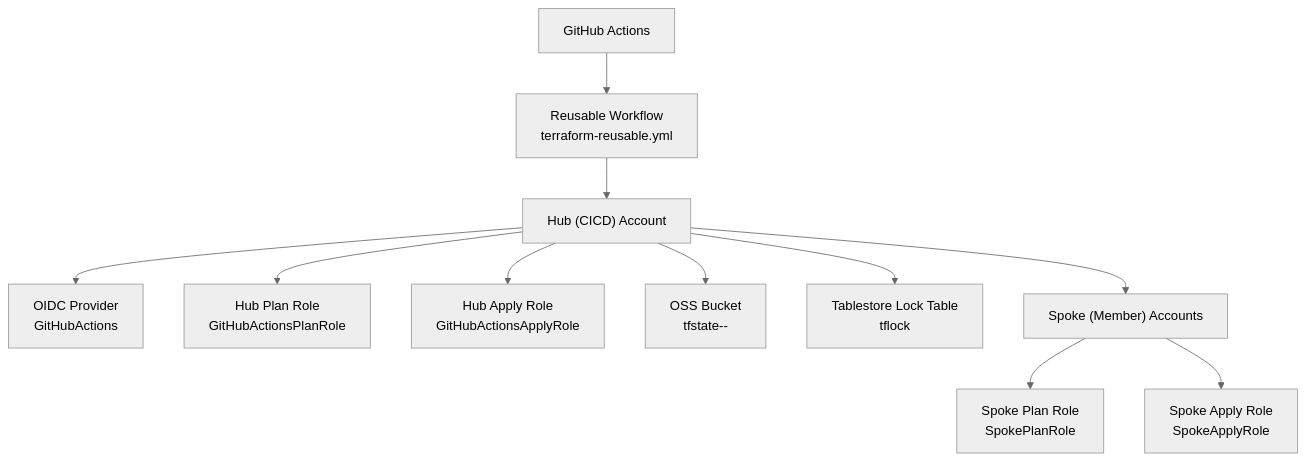
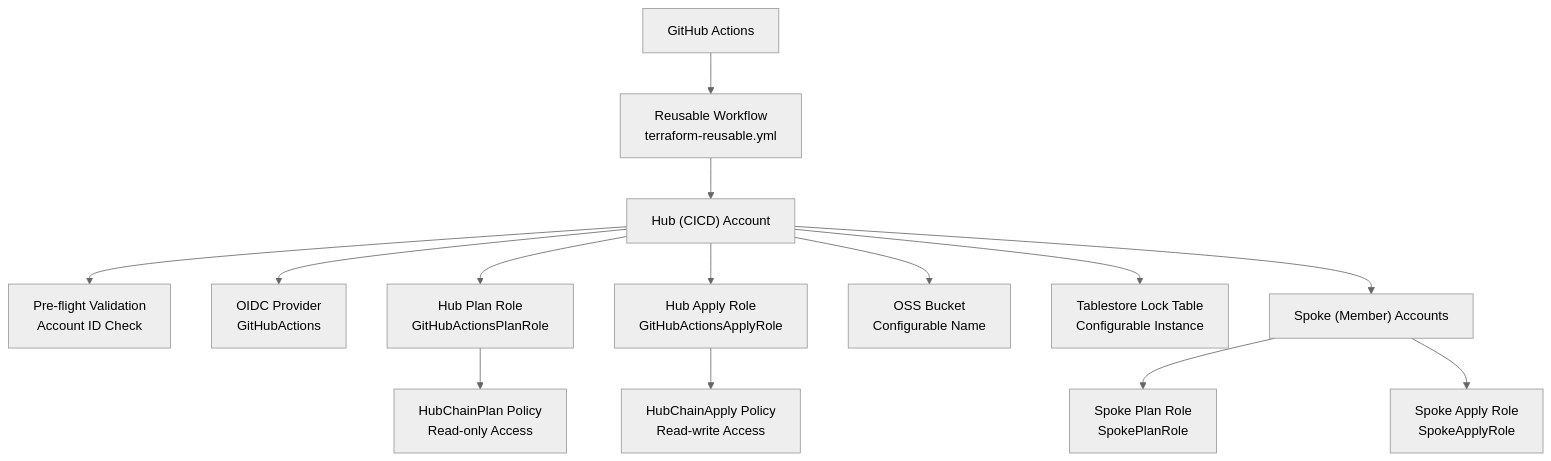
Before and after one commit to AlibabaCloudLandingZone/alibabacloud-landingzone-accelerator-github-demo: the first of 9 diagrams in .qoder/repowiki/en/content/Bootstrap Infrastructure/CI_CD Foundation.md, drawn with Mermaid (neutral theme). The commit also changed other lines of this file and 34 other files, not shown here.

First line of the commit message:
refactor(ci-cd): enhance bootstrap foundation with pre-flight checks and least-privilege policies

````diff
--- a/.qoder/repowiki/en/content/Bootstrap Infrastructure/CI_CD Foundation.md
+++ b/.qoder/repowiki/en/content/Bootstrap Infrastructure/CI_CD Foundation.md
@@ -48,13 +57,16 @@
 ```mermaid
 graph TB
 GH["GitHub Actions"] --> WF["Reusable Workflow<br/>terraform-reusable.yml"]
 WF --> HUB["Hub (CICD) Account"]
+HUB --> PRECHECK["Pre-flight Validation<br/>Account ID Check"]
 HUB --> OIDC["OIDC Provider<br/>GitHubActions"]
 HUB --> PLAN["Hub Plan Role<br/>GitHubActionsPlanRole"]
 HUB --> APPLY["Hub Apply Role<br/>GitHubActionsApplyRole"]
-HUB --> STATE["OSS Bucket<br/>tfstate-<account>-<region>"]
-HUB --> LOCK["Tablestore Lock Table<br/>tflock"]
+PLAN --> PLANPOLICY["HubChainPlan Policy<br/>Read-only Access"]
+APPLY --> APPOLICY["HubChainApply Policy<br/>Read-write Access"]
+HUB --> STATE["OSS Bucket<br/>Configurable Name"]
+HUB --> LOCK["Tablestore Lock Table<br/>Configurable Instance"]
 HUB --> SPOKE["Spoke (Member) Accounts"]
 SPOKE --> SPLAN["Spoke Plan Role<br/>SpokePlanRole"]
 SPOKE --> SAPPLY["Spoke Apply Role<br/>SpokeApplyRole"]
 ```
````
